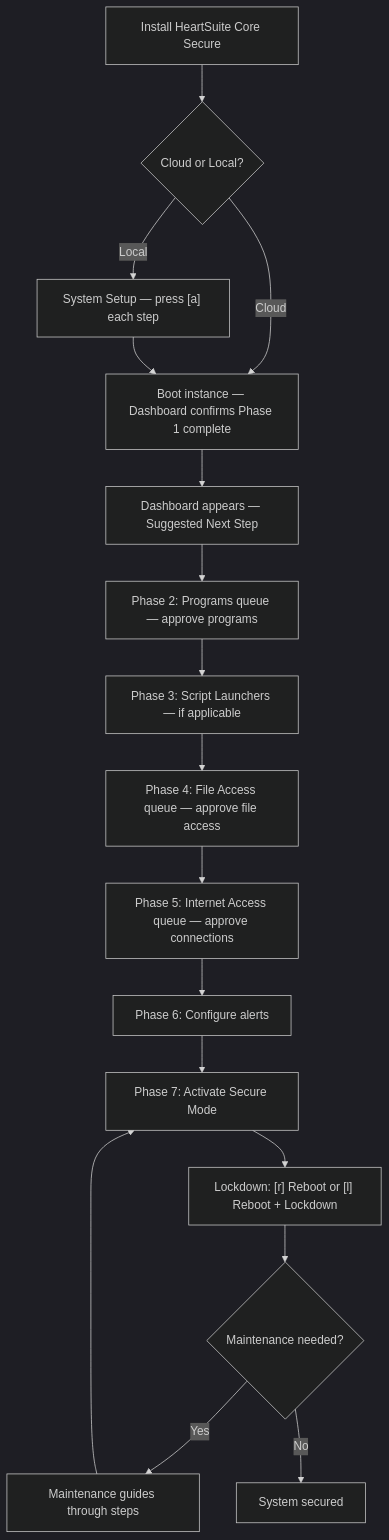
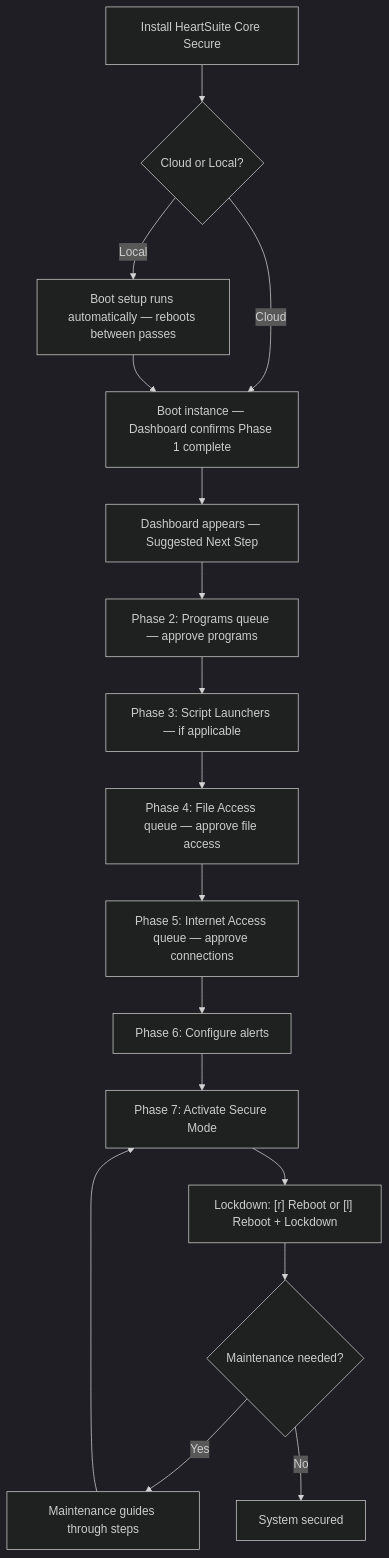
The diagram in content/en/docs/introduction/setup-overview/_index.md (HeartSecuritySuite/heartsuite-docs), drawn with Mermaid (dark theme) before and after one commit. The commit also changed other lines of this file and 5 other files, not shown here.

First line of the commit message:
docs: rewrite installation Part 2 for unattended Phase 1 boot setup

````diff
--- a/content/en/docs/introduction/setup-overview/_index.md
+++ b/content/en/docs/introduction/setup-overview/_index.md
@@ -63,19 +63,19 @@
 ```mermaid
 graph TD
     A[Install HeartSuite Core Secure] --> B{Cloud or Local?}
     B -- Cloud --> C[Boot instance — Dashboard confirms Phase 1 complete]
-    B -- Local --> D["System Setup — press [a] each step"]
+    B -- Local --> D["Boot setup runs automatically — reboots between passes"]
     D --> C
     C --> E[Dashboard appears — Suggested Next Step]
     E --> F["Phase 2: Programs queue — approve programs"]
     F --> G["Phase 3: Script Launchers — if applicable"]
     G --> H["Phase 4: File Access queue — approve file access"]
     H --> I["Phase 5: Internet Access queue — approve connections"]
     I --> J["Phase 6: Configure alerts"]
     J --> K["Phase 7: Activate Secure Mode"]
     K --> L["Lockdown: [r] Reboot or [l] Reboot + Lockdown"]
     L --> M{Maintenance needed?}
     M -- Yes --> N["Maintenance guides through steps"]
     N --> K
     M -- No --> O[System secured]
 ```
````
